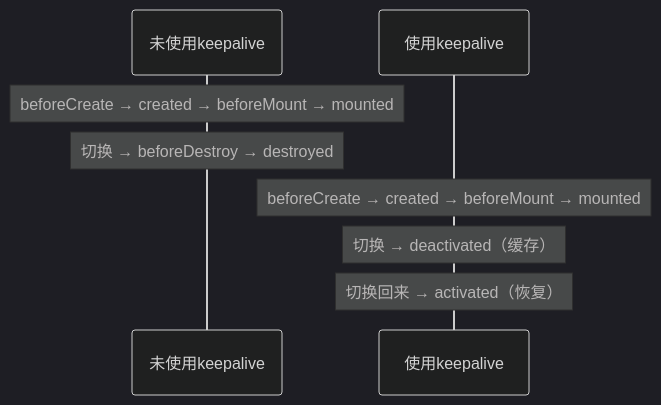
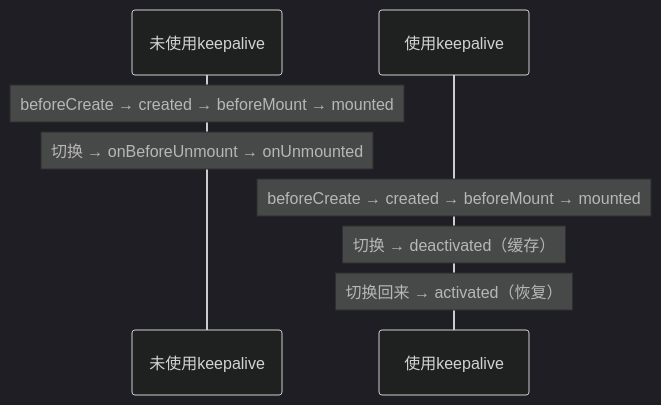
Before and after one commit to KMaybe01/common: diagram 23 of 46 in S2-框架深入/02-Vue3.md, drawn with Mermaid (dark theme). The commit also changed other lines of this file and 12 other files, not shown here.

````diff
--- a/S2-框架深入/02-Vue3.md
+++ b/S2-框架深入/02-Vue3.md
@@ -1358,12 +1358,12 @@
 ```mermaid
 sequenceDiagram
     participant 未使用keepalive
     participant 使用keepalive
 
     Note over 未使用keepalive: beforeCreate → created → beforeMount → mounted
-    Note over 未使用keepalive: 切换 → beforeDestroy → destroyed
+    Note over 未使用keepalive: 切换 → onBeforeUnmount → onUnmounted
 
     Note over 使用keepalive: beforeCreate → created → beforeMount → mounted
     Note over 使用keepalive: 切换 → deactivated（缓存）
     Note over 使用keepalive: 切换回来 → activated（恢复）
 ```
````
